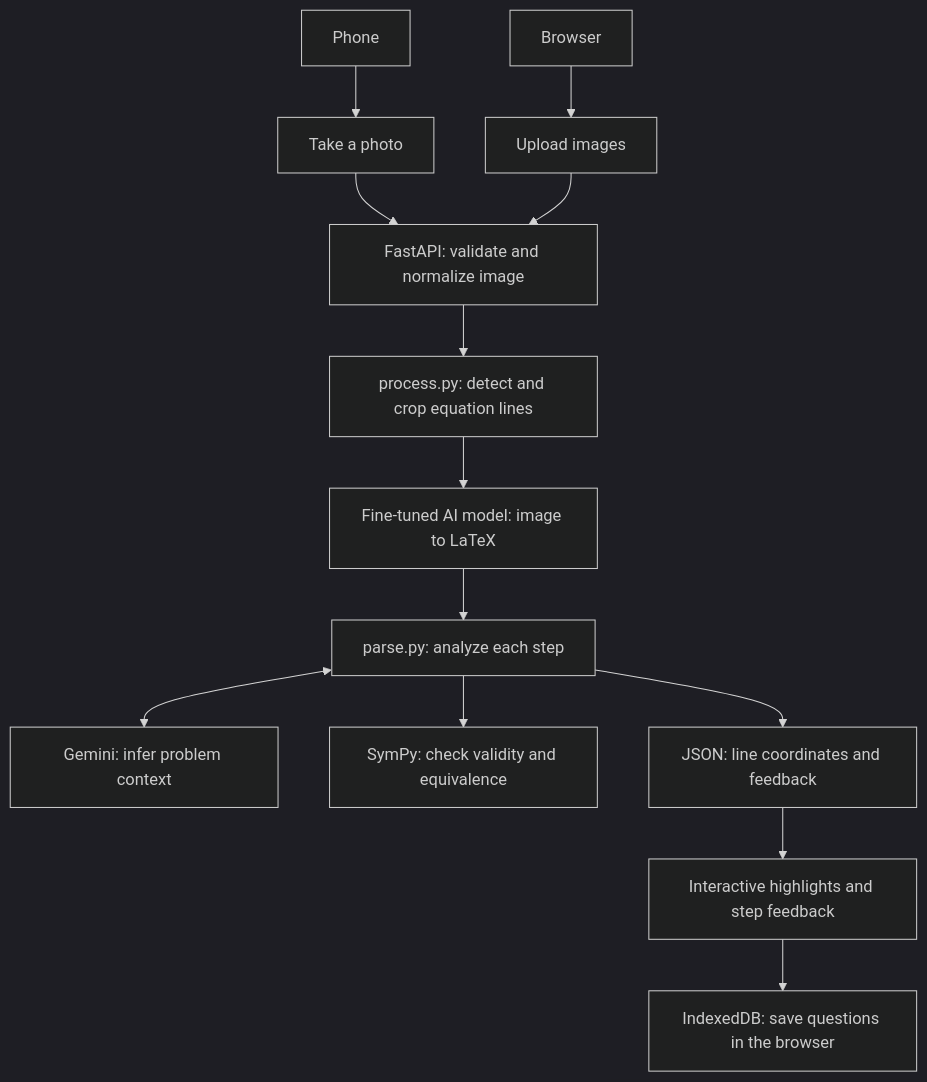
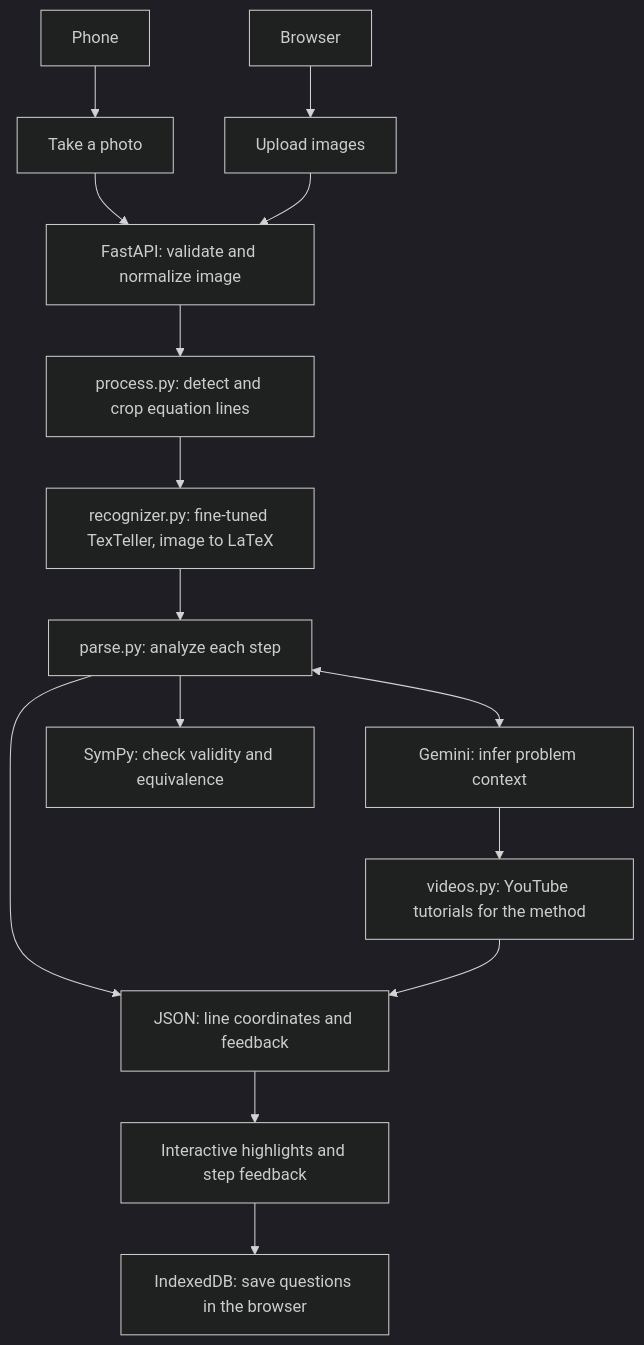
The diagram in README.md (artkumik/snap-solve), drawn with Mermaid (dark theme) before and after one commit. The commit also changed other lines of this file, not shown here.

````diff
--- a/README.md
+++ b/README.md
@@ -15,15 +15,17 @@
 ```mermaid
 flowchart TD
     A[Phone] --> B[Take a photo]
     C[Browser] --> D[Upload images]
     B --> E[FastAPI: validate and normalize image]
     D --> E
     E --> F[process.py: detect and crop equation lines]
-    F --> G[Fine-tuned AI model: image to LaTeX]
+    F --> G[recognizer.py: fine-tuned TexTeller, image to LaTeX]
     G --> H[parse.py: analyze each step]
     H <--> I[Gemini: infer problem context]
     H --> J[SymPy: check validity and equivalence]
+    I --> V[videos.py: YouTube tutorials for the method]
     H --> K[JSON: line coordinates and feedback]
+    V --> K
     K --> L[Interactive highlights and step feedback]
     L --> M[IndexedDB: save questions in the browser]
 ```
````
